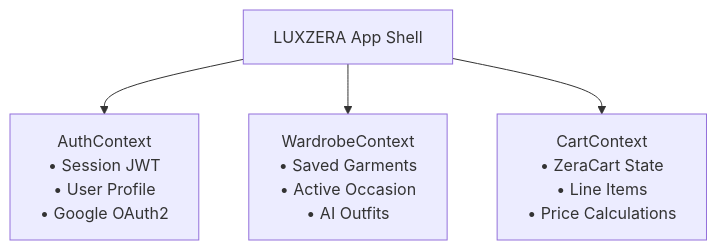
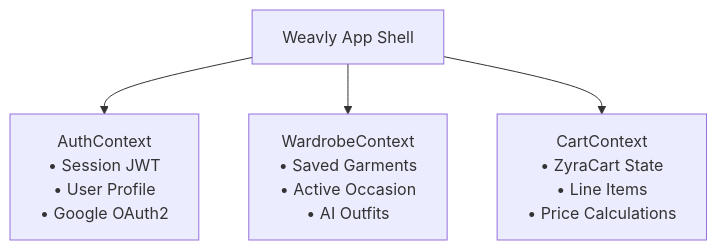
Before and after one commit to Ch-saketh/weavly: the third of 3 diagrams in weavly-client/LUXZERA/frontend/README.md, drawn with Mermaid. The commit also changed other lines of this file and 4 other files, not shown here.

Commit message:
docs: replace luxzera with weavly and zera with zyra across all READMEs

````diff
--- a/weavly-client/LUXZERA/frontend/README.md
+++ b/weavly-client/LUXZERA/frontend/README.md
@@ -136,7 +136,7 @@
 ```mermaid
 graph TD
-    App["LUXZERA App Shell"]
+    App["Weavly App Shell"]
     App --> AuthProvider["AuthContext<br/>• Session JWT<br/>• User Profile<br/>• Google OAuth2"]
     App --> WardrobeProvider["WardrobeContext<br/>• Saved Garments<br/>• Active Occasion<br/>• AI Outfits"]
-    App --> CartProvider["CartContext<br/>• ZeraCart State<br/>• Line Items<br/>• Price Calculations"]
+    App --> CartProvider["CartContext<br/>• ZyraCart State<br/>• Line Items<br/>• Price Calculations"]
 ```
````
